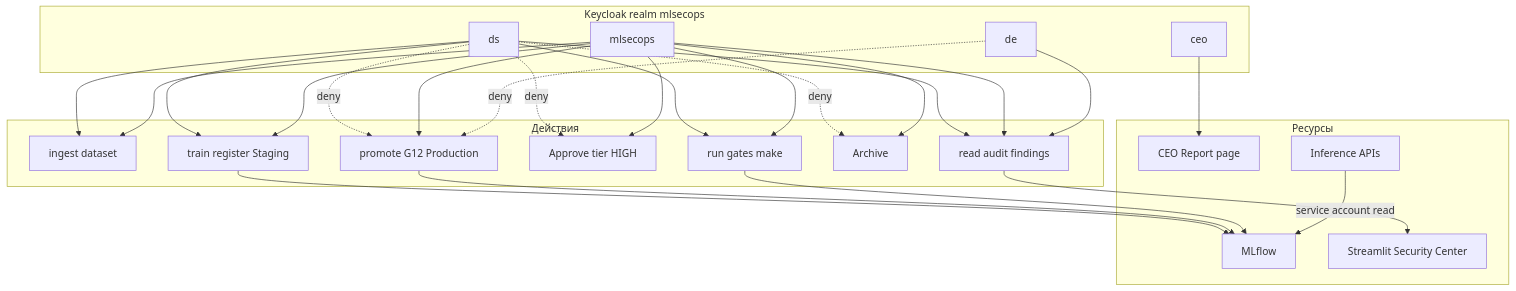
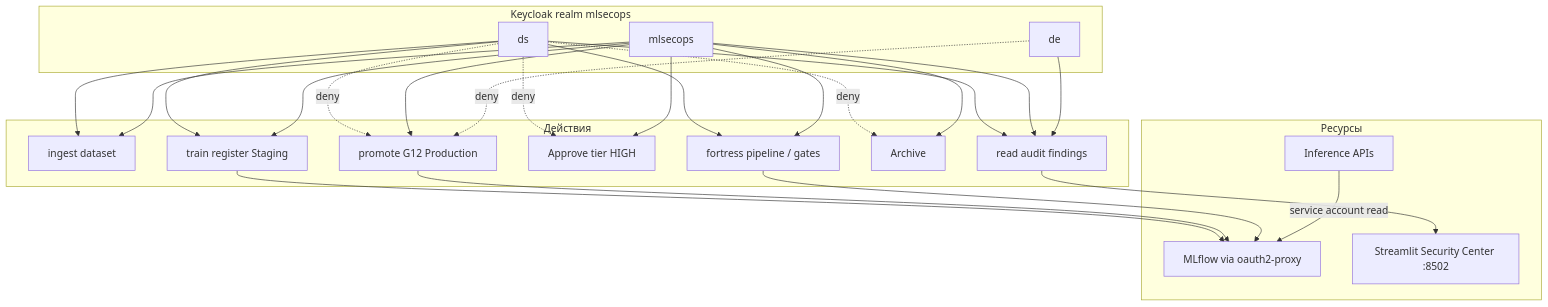
One commit to Ermakov764/Alfa_bank_MLSecOps changed the tenth of 15 diagrams in docs/architecture_full.md. Above: the diagram before and after it, drawn with Mermaid. The commit also changed other lines of this file and 10 other files, not shown here.

First line of the commit message:
docs: sync architecture and guides with current Docker stack

````diff
--- a/docs/architecture_full.md
+++ b/docs/architecture_full.md
@@ -439,44 +442,40 @@
 ```mermaid
 flowchart TB
   subgraph idp [Keycloak realm mlsecops]
     U_DS[ds]
     U_MSO[mlsecops]
     U_DE[de]
-    U_CEO[ceo]
   end
 
   subgraph actions [Действия]
     ING[ingest dataset]
     TRN[train register Staging]
-    RUN[run gates make]
+    RUN[fortress pipeline / gates]
     APP[Approve tier HIGH]
     PRM[promote G12 Production]
     ARC[Archive]
     RD[read audit findings]
   end
 
   subgraph targets [Ресурсы]
-    MLF[MLflow]
-    ST[Streamlit Security Center]
-    CEO_P[CEO Report page]
+    MLF[MLflow via oauth2-proxy]
+    ST[Streamlit Security Center :8502]
     API[Inference APIs]
   end
 
   U_DS --> ING & TRN & RUN
   U_DS --> RD
   U_DS -.->|deny| PRM & APP & ARC
 
   U_MSO --> ING & TRN & RUN & APP & PRM & ARC
   U_MSO --> RD
 
   U_DE --> RD
   U_DE -.->|deny| PRM
 
-  U_CEO --> CEO_P
-
   TRN --> MLF
   PRM --> MLF
   RUN --> MLF
   RD --> ST
   API -->|service account read| MLF
 ```
````
